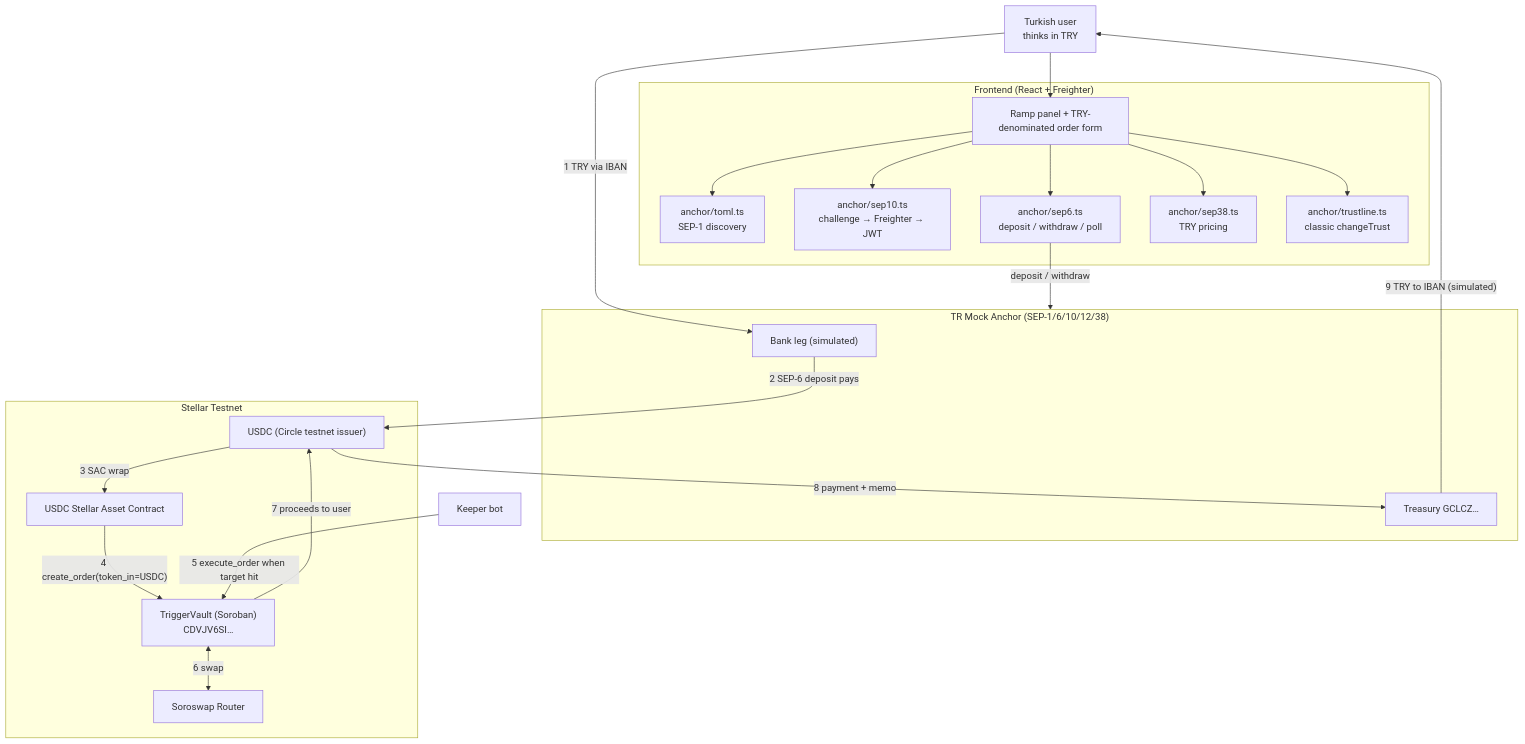
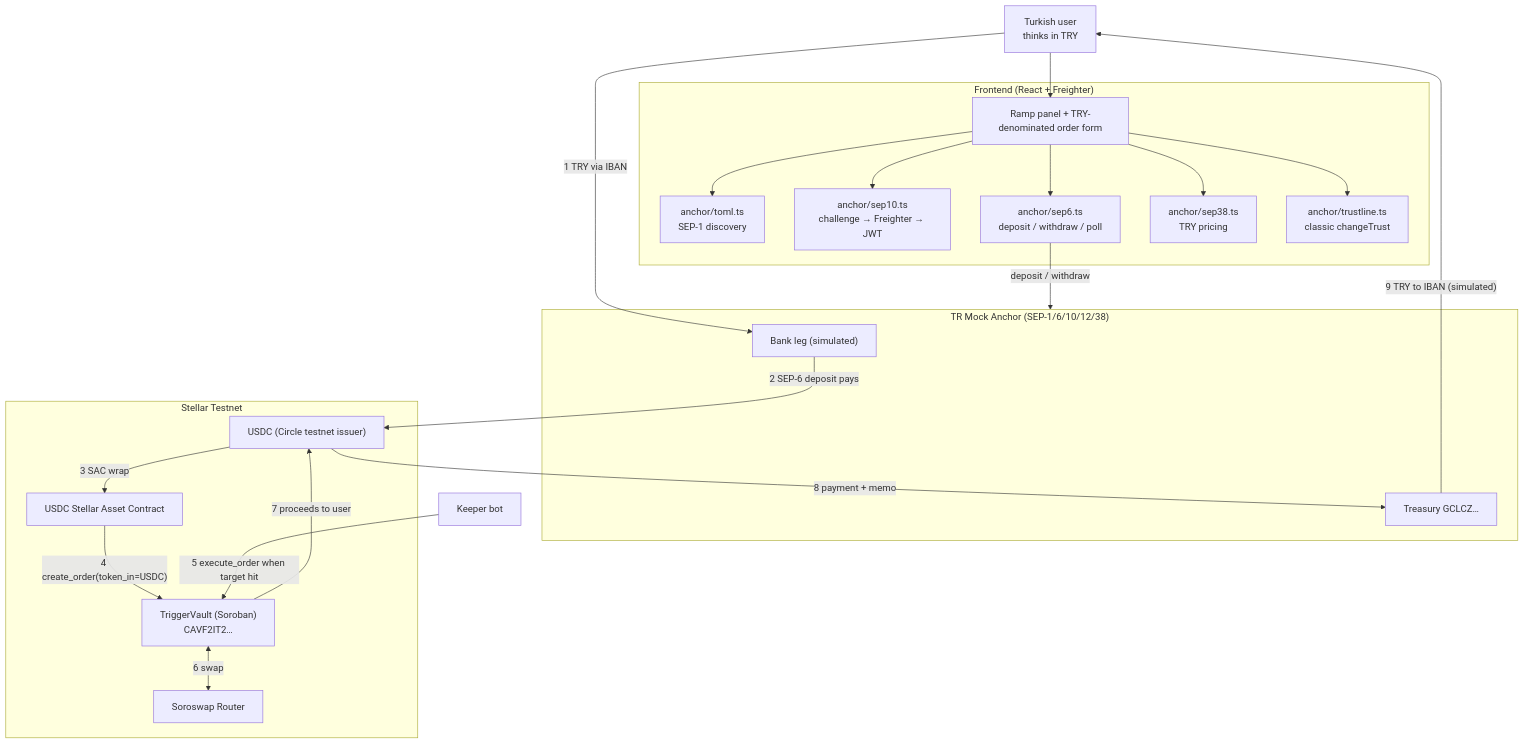
The diagram in docs/ANCHOR_INTEGRATION.md (Nghtphl/lumaflow), drawn with Mermaid before and after one commit. The commit also changed other lines of this file and 13 other files, not shown here.

````diff
--- a/docs/ANCHOR_INTEGRATION.md
+++ b/docs/ANCHOR_INTEGRATION.md
@@ -106,40 +106,40 @@
 ```mermaid
 flowchart TD
     U["Turkish user<br/>thinks in TRY"]
 
     subgraph FE["Frontend (React + Freighter)"]
         A1["anchor/toml.ts<br/>SEP-1 discovery"]
         A2["anchor/sep10.ts<br/>challenge → Freighter → JWT"]
         A3["anchor/sep6.ts<br/>deposit / withdraw / poll"]
         A4["anchor/sep38.ts<br/>TRY pricing"]
         A5["anchor/trustline.ts<br/>classic changeTrust"]
         UI["Ramp panel + TRY-denominated order form"]
     end
 
     subgraph AN["TR Mock Anchor (SEP-1/6/10/12/38)"]
         BANK["Bank leg (simulated)"]
         TRZ["Treasury GCLCZ…"]
     end
 
     subgraph SN["Stellar Testnet"]
         USDC["USDC (Circle testnet issuer)"]
         SAC["USDC Stellar Asset Contract"]
-        V["TriggerVault (Soroban)<br/>CDVJV6SI…"]
+        V["TriggerVault (Soroban)<br/>CAVF2IT2…"]
         DEX["Soroswap Router"]
     end
 
     K["Keeper bot"]
 
     U -->|"1 TRY via IBAN"| BANK
     BANK -->|"2 SEP-6 deposit pays"| USDC
     U --> UI
     UI --> A1 & A2 & A3 & A4 & A5
     A3 -->|"deposit / withdraw"| AN
     USDC -->|"3 SAC wrap"| SAC
     SAC -->|"4 create_order(token_in=USDC)"| V
     K -->|"5 execute_order when target hit"| V
     V <-->|"6 swap"| DEX
     V -->|"7 proceeds to user"| USDC
     USDC -->|"8 payment + memo"| TRZ
     TRZ -->|"9 TRY to IBAN (simulated)"| U
 ```
````
